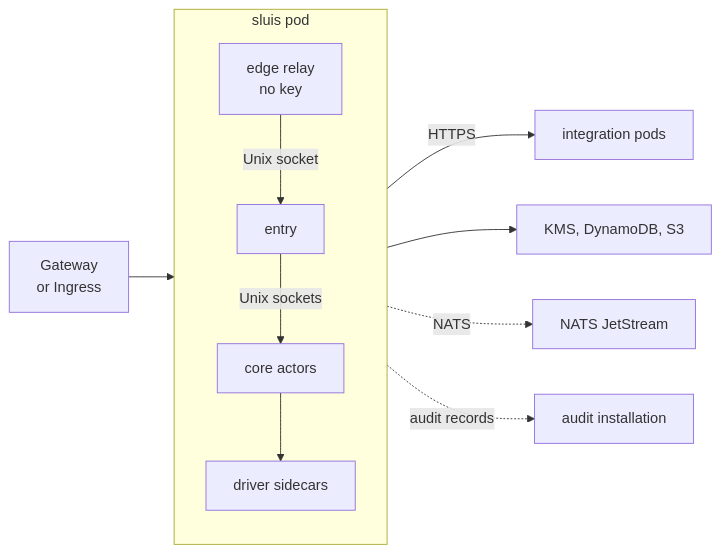
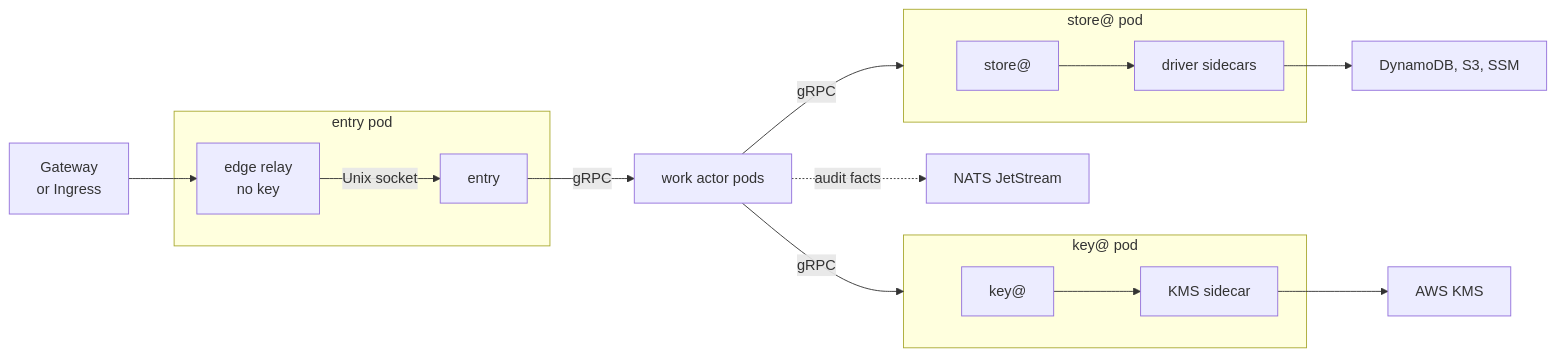
Before and after one commit to truvity/access-roster: the diagram in docs/runtimes/kubernetes.md, drawn with Mermaid. The commit also changed other lines of this file and 8 other files, not shown here.

````diff
--- a/docs/runtimes/kubernetes.md
+++ b/docs/runtimes/kubernetes.md
@@ -15,18 +15,19 @@
 ```mermaid
 flowchart LR
   gw["Gateway<br/>or Ingress"] --> relay
-  subgraph node["sluis pod"]
-    direction TB
-    relay["edge relay<br/>no key"]
-    entry["entry"]
-    core["core actors"]
-    drv["driver sidecars"]
-    relay -- "Unix socket" --> entry
-    entry -- "Unix sockets" --> core
-    core --> drv
+  subgraph epod["entry pod"]
+    relay["edge relay<br/>no key"] -- "Unix socket" --> entry["entry"]
   end
-  core -- "HTTPS" --> integ["integration pods"]
-  drv --> aws["KMS, DynamoDB, S3"]
-  drv -. "NATS" .-> nats["NATS JetStream"]
-  drv -. "audit records" .-> audit["audit installation"]
+  entry -- "gRPC" --> work["work actor pods"]
+  work -- "gRPC" --> spod
+  work -- "gRPC" --> kpod
+  subgraph spod["store@ pod"]
+    store["store@"] --> sdrv["driver sidecars"]
+  end
+  subgraph kpod["key@ pod"]
+    key["key@"] --> kdrv["KMS sidecar"]
+  end
+  sdrv --> aws["DynamoDB, S3, SSM"]
+  kdrv --> kms["AWS KMS"]
+  work -. "audit facts" .-> nats["NATS JetStream"]
 ```
````
